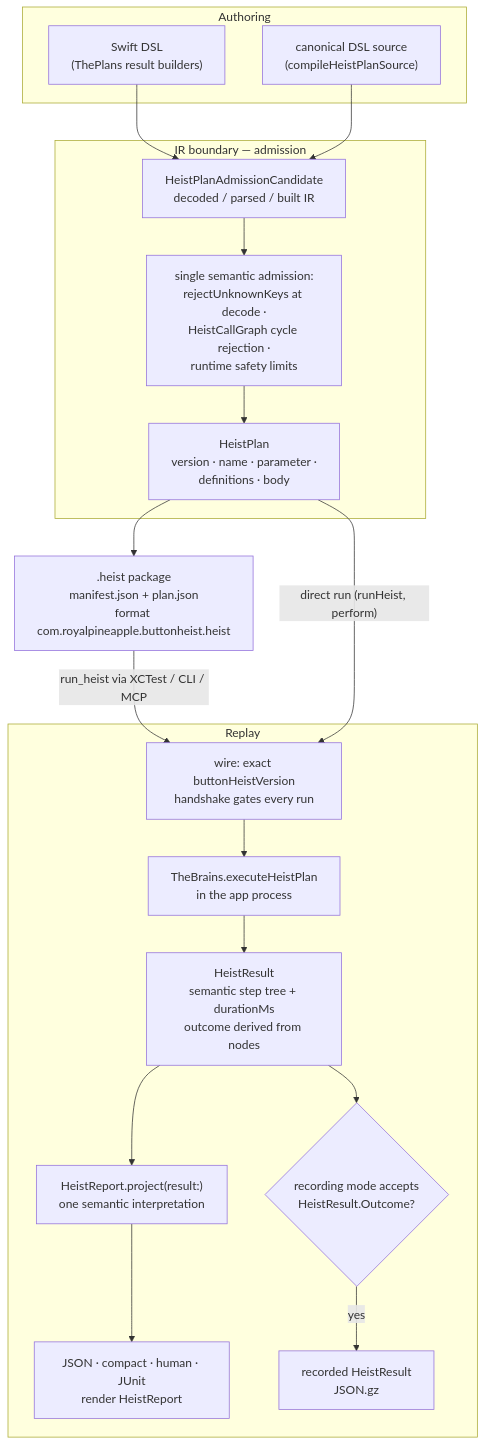
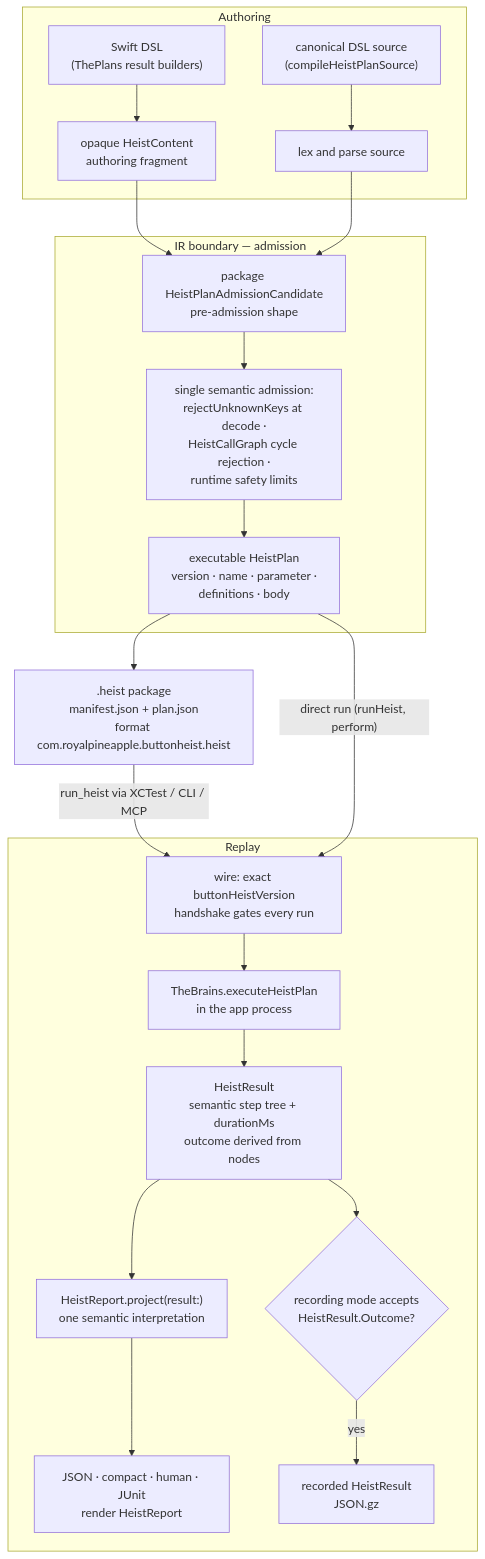
Before and after one commit to RoyalPineapple/TheButtonHeist: the diagram in docs/diagrams/heist-lifecycle.md, drawn with Mermaid. The commit also changed other lines of this file and 271 other files, not shown here.

````diff
--- a/docs/diagrams/heist-lifecycle.md
+++ b/docs/diagrams/heist-lifecycle.md
@@ -8,37 +8,41 @@
 ```mermaid
 flowchart TD
     subgraph author["Authoring"]
         SWIFT["Swift DSL<br/>(ThePlans result builders)"]
         SOURCE["canonical DSL source<br/>(compileHeistPlanSource)"]
+        CONTENT["opaque HeistContent<br/>authoring fragment"]
+        PARSE["lex and parse source"]
+        SWIFT --> CONTENT
+        SOURCE --> PARSE
     end
 
     subgraph ir["IR boundary — admission"]
-        CANDIDATE["HeistPlanAdmissionCandidate<br/>decoded / parsed / built IR"]
+        CANDIDATE["package HeistPlanAdmissionCandidate<br/>pre-admission shape"]
         CHECKS["single semantic admission:<br/>rejectUnknownKeys at decode ·<br/>HeistCallGraph cycle rejection ·<br/>runtime safety limits"]
-        PLAN["HeistPlan<br/>version · name · parameter ·<br/>definitions · body"]
+        PLAN["executable HeistPlan<br/>version · name · parameter ·<br/>definitions · body"]
         CANDIDATE --> CHECKS --> PLAN
     end
 
     HEIST[".heist package<br/>manifest.json + plan.json<br/>format com.royalpineapple.buttonheist.heist"]
 
     subgraph replay["Replay"]
         GATE["wire: exact buttonHeistVersion<br/>handshake gates every run"]
         BRAINS["TheBrains.executeHeistPlan<br/>in the app process"]
         RESULT["HeistResult<br/>semantic step tree + durationMs<br/>outcome derived from nodes"]
         REPORT["HeistReport.project(result:)<br/>one semantic interpretation"]
         RENDER["JSON · compact · human · JUnit<br/>render HeistReport"]
         RECORD{"recording mode accepts<br/>HeistResult.Outcome?"}
         RESULTFILE["recorded HeistResult<br/>JSON.gz"]
         GATE --> BRAINS
         BRAINS --> RESULT
         RESULT --> REPORT --> RENDER
         RESULT --> RECORD
         RECORD -->|yes| RESULTFILE
     end
 
-    SWIFT --> CANDIDATE
-    SOURCE --> CANDIDATE
+    CONTENT --> CANDIDATE
+    PARSE --> CANDIDATE
     PLAN --> HEIST
     HEIST -- "run_heist via XCTest / CLI / MCP" --> GATE
     PLAN -- "direct run (runHeist, perform)" --> GATE
 ```
````
